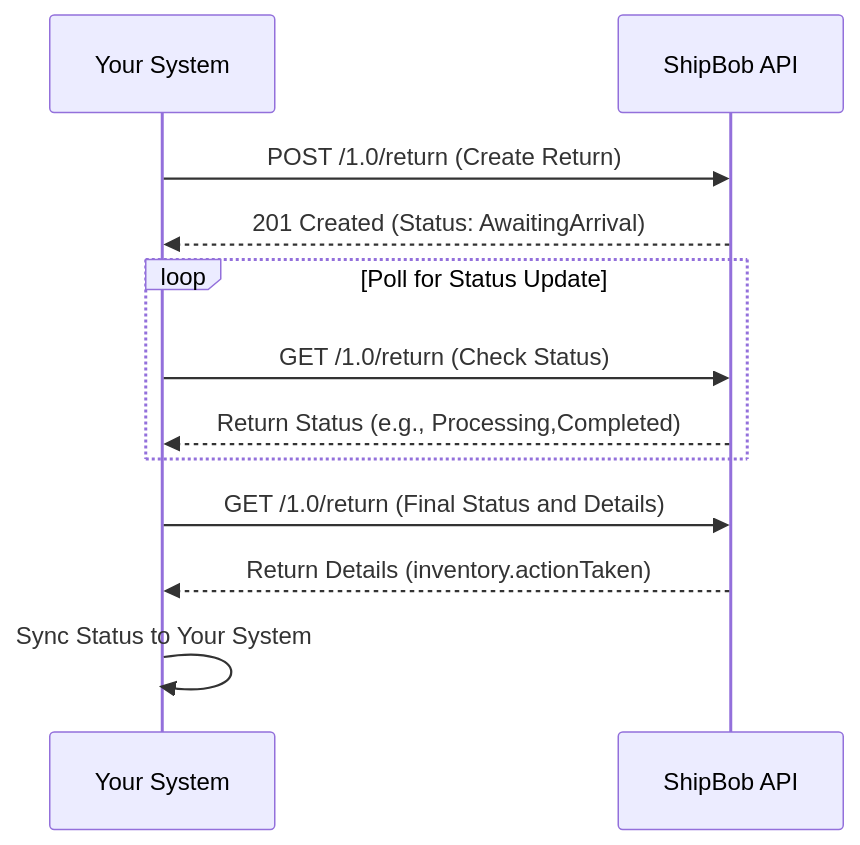
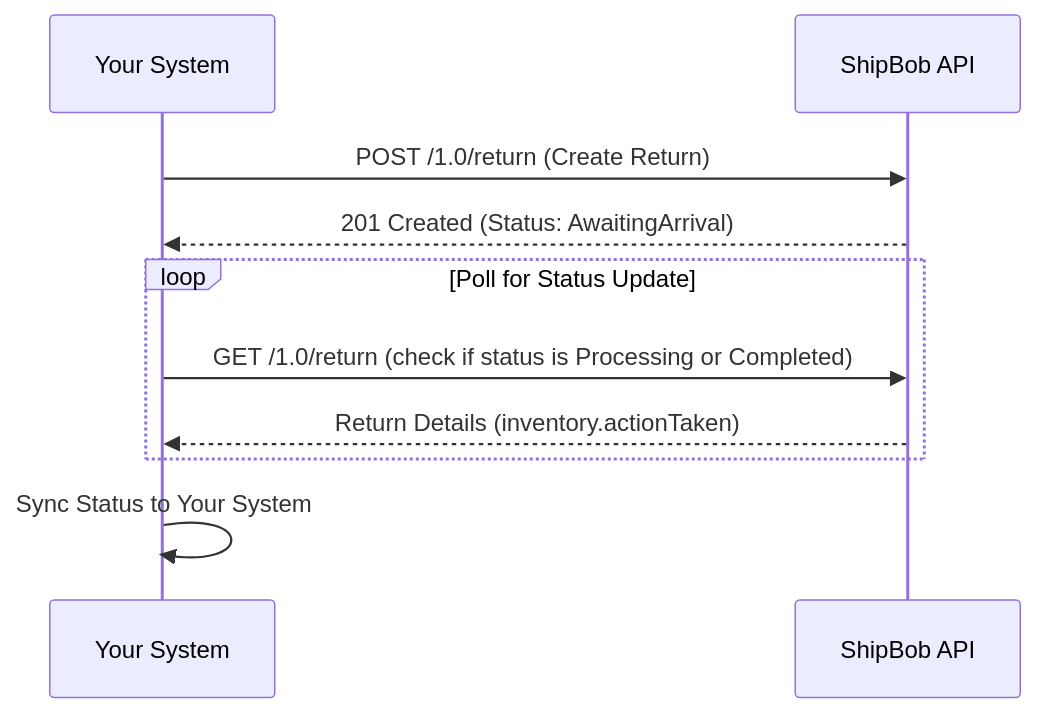
One commit to shalabhshipbob/shipbob-docs changed the first of 3 diagrams in guides/returns.mdx. Above: the diagram before and after it, drawn with Mermaid.

Commit message:
Documentation edits made through Mintlify web editor

````diff
--- a/guides/returns.mdx
+++ b/guides/returns.mdx
@@ -14,18 +14,15 @@
 ```mermaid
 sequenceDiagram
     participant YourSystem as Your System
     participant ShipBobAPI as ShipBob API
 
     YourSystem->>ShipBobAPI: POST /1.0/return (Create Return)
     ShipBobAPI-->>YourSystem: 201 Created (Status: AwaitingArrival)
 
     loop Poll for Status Update
-        YourSystem->>ShipBobAPI: GET /1.0/return (Check Status)
-        ShipBobAPI-->>YourSystem: Return Status (e.g., Processing,Completed)
+        YourSystem->>ShipBobAPI: GET /1.0/return (check if status is Processing or Completed)
+        ShipBobAPI-->>YourSystem: Return Details (inventory.actionTaken)
     end
-
-    YourSystem->>ShipBobAPI: GET /1.0/return (Final Status and Details)
-    ShipBobAPI-->>YourSystem: Return Details (inventory.actionTaken)
 
     YourSystem->>YourSystem: Sync Status to Your System
 ```
````
